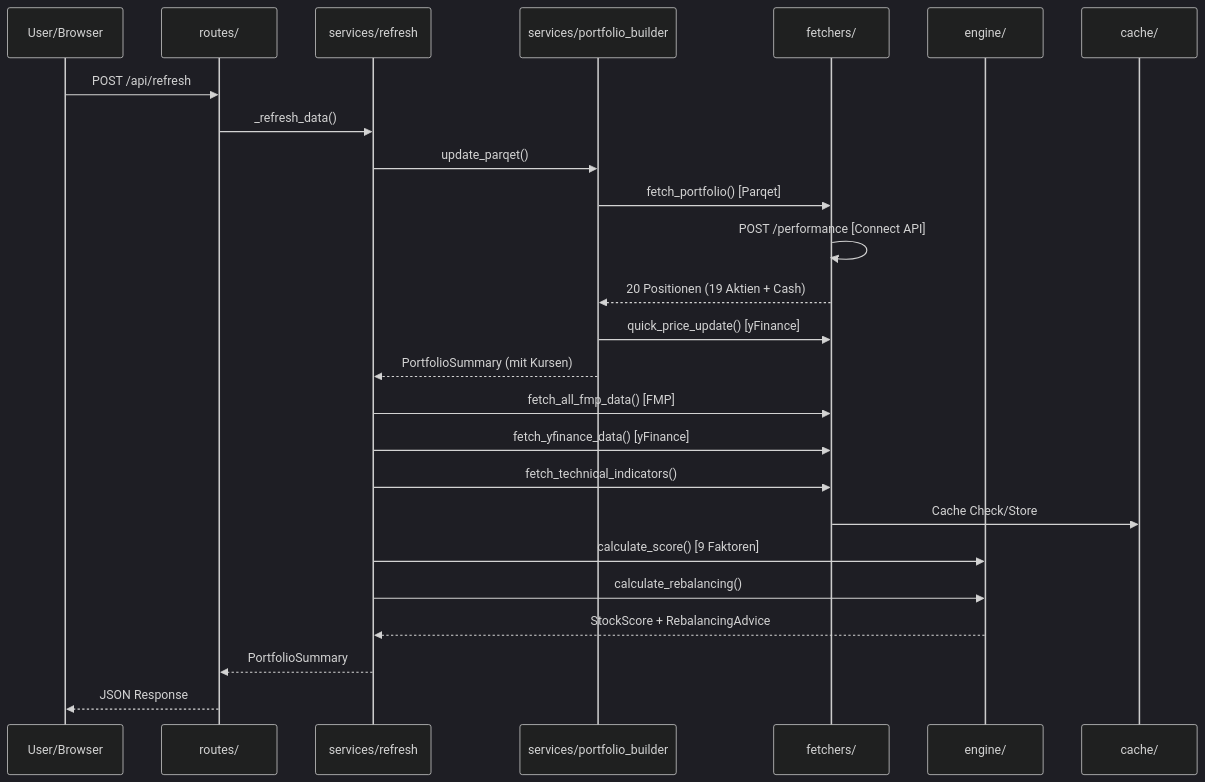
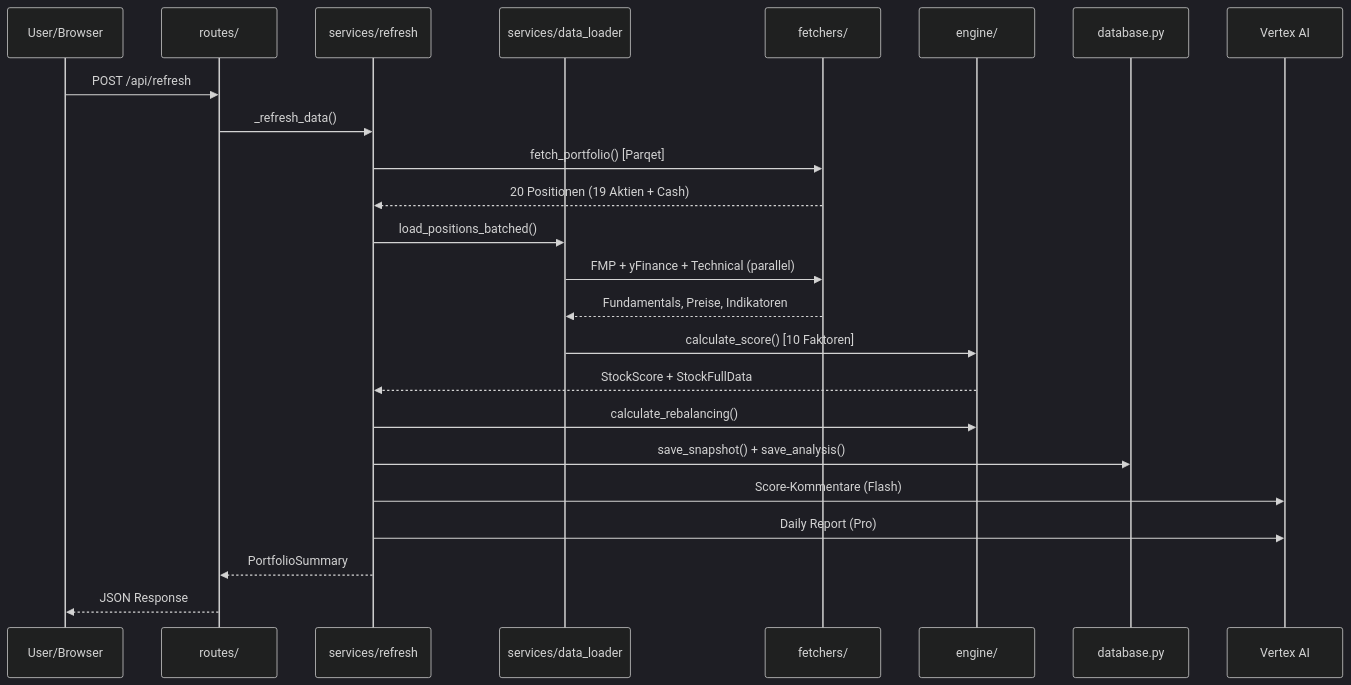
Before and after one commit to jonasarmbrust/FinanceBro: the first of 2 diagrams in docs/architecture.md, drawn with Mermaid (dark theme). The commit also changed other lines of this file and 1 other file, not shown here.

Commit message:
docs: update README and architecture for all new features

````diff
--- a/docs/architecture.md
+++ b/docs/architecture.md
@@ -58,28 +67,27 @@
 ```mermaid
 sequenceDiagram
     participant U as User/Browser
     participant R as routes/
     participant S as services/refresh
-    participant PB as services/portfolio_builder
+    participant DL as services/data_loader
     participant F as fetchers/
     participant E as engine/
-    participant C as cache/
+    participant DB as database.py
+    participant AI as Vertex AI
 
     U->>R: POST /api/refresh
     R->>S: _refresh_data()
-    S->>PB: update_parqet()
-    PB->>F: fetch_portfolio() [Parqet]
-    F->>F: POST /performance [Connect API]
-    F-->>PB: 20 Positionen (19 Aktien + Cash)
-    PB->>F: quick_price_update() [yFinance]
-    PB-->>S: PortfolioSummary (mit Kursen)
-    S->>F: fetch_all_fmp_data() [FMP]
-    S->>F: fetch_yfinance_data() [yFinance]
-    S->>F: fetch_technical_indicators()
-    F->>C: Cache Check/Store
-    S->>E: calculate_score() [9 Faktoren]
+    S->>F: fetch_portfolio() [Parqet]
+    F-->>S: 20 Positionen (19 Aktien + Cash)
+    S->>DL: load_positions_batched()
+    DL->>F: FMP + yFinance + Technical (parallel)
+    F-->>DL: Fundamentals, Preise, Indikatoren
+    DL->>E: calculate_score() [10 Faktoren]
+    E-->>S: StockScore + StockFullData
     S->>E: calculate_rebalancing()
-    E-->>S: StockScore + RebalancingAdvice
+    S->>DB: save_snapshot() + save_analysis()
+    S->>AI: Score-Kommentare (Flash)
+    S->>AI: Daily Report (Pro)
     S-->>R: PortfolioSummary
     R-->>U: JSON Response
 ```
````
